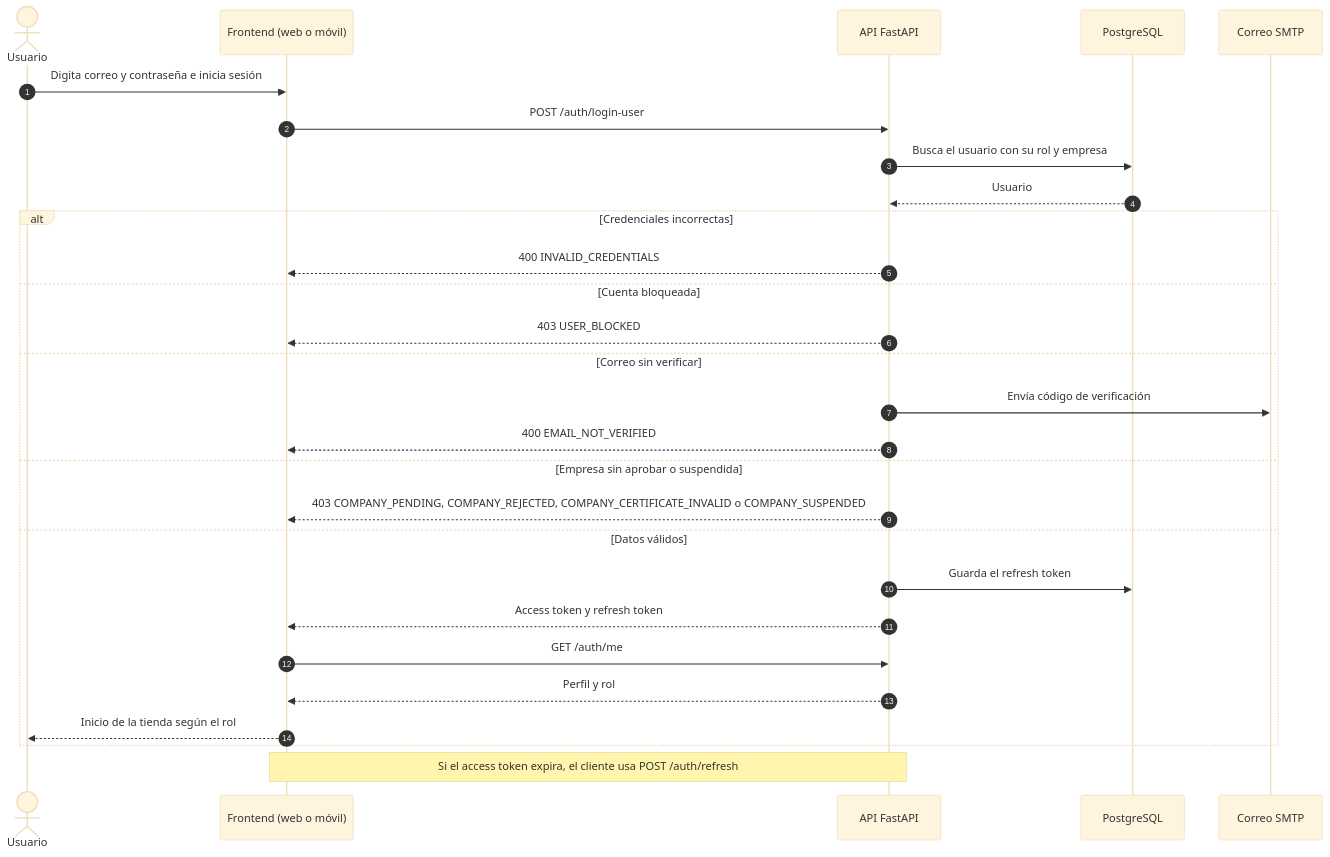
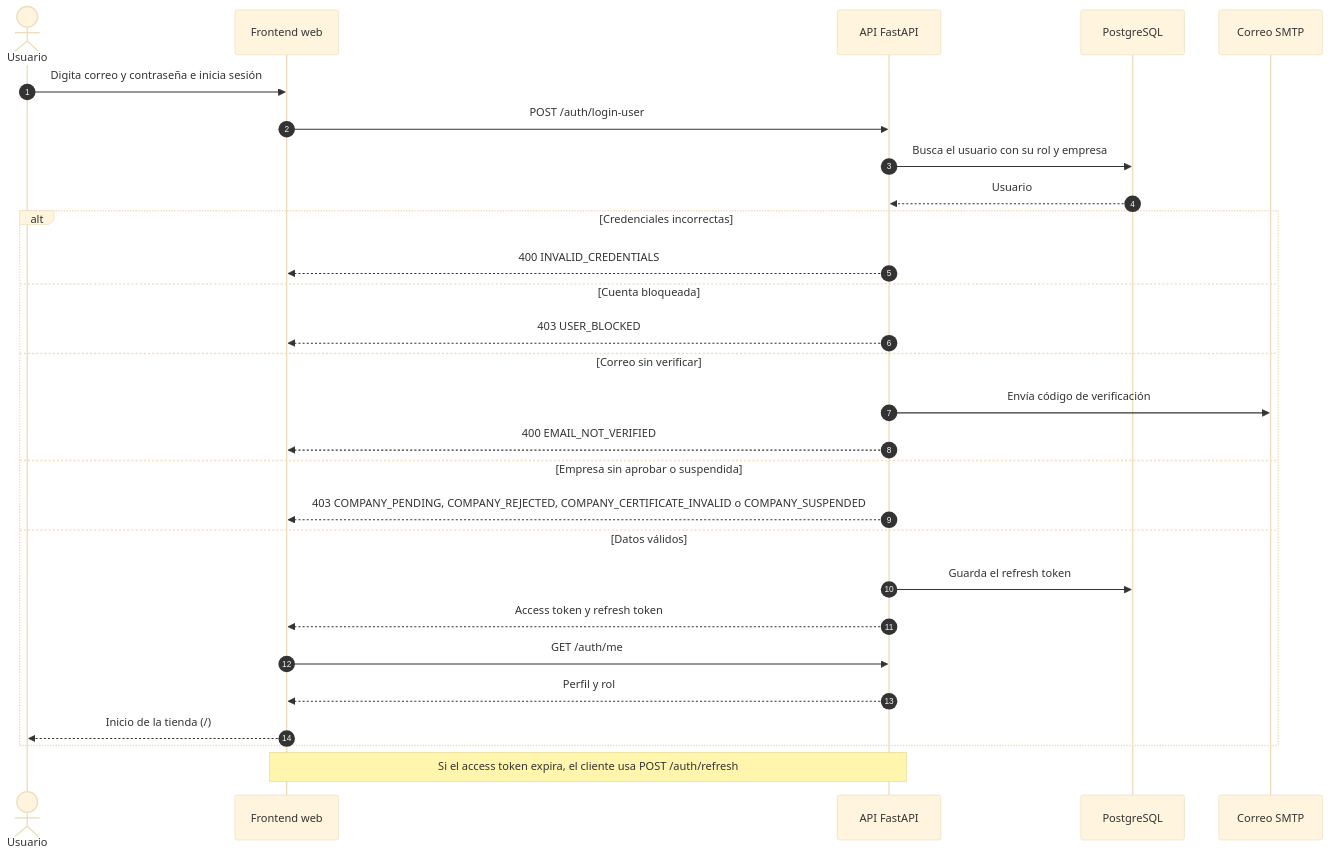
Before and after one commit to RehnieyAl/Rehni-Market: the diagram in docs/Manuales/diagramas/secuencia-login.mmd, drawn with Mermaid (base theme). The commit also changed 59 other files, not shown here.

First line of the commit message:
docs(manuales): diagramas sin la app móvil y modelo de datos por módulo

```diff
--- a/docs/Manuales/diagramas/secuencia-login.mmd
+++ b/docs/Manuales/diagramas/secuencia-login.mmd
@@ -1,28 +1,28 @@
 sequenceDiagram
   autonumber
   actor U as Usuario
-  participant F as Frontend (web o móvil)
+  participant F as Frontend web
   participant A as API FastAPI
   participant P as PostgreSQL
   participant S as Correo SMTP
   U->>F: Digita correo y contraseña e inicia sesión
   F->>A: POST /auth/login-user
   A->>P: Busca el usuario con su rol y empresa
   P-->>A: Usuario
   alt Credenciales incorrectas
     A-->>F: 400 INVALID_CREDENTIALS
   else Cuenta bloqueada
     A-->>F: 403 USER_BLOCKED
   else Correo sin verificar
     A->>S: Envía código de verificación
     A-->>F: 400 EMAIL_NOT_VERIFIED
   else Empresa sin aprobar o suspendida
     A-->>F: 403 COMPANY_PENDING, COMPANY_REJECTED, COMPANY_CERTIFICATE_INVALID o COMPANY_SUSPENDED
   else Datos válidos
     A->>P: Guarda el refresh token
     A-->>F: Access token y refresh token
     F->>A: GET /auth/me
     A-->>F: Perfil y rol
-    F-->>U: Inicio de la tienda según el rol
+    F-->>U: Inicio de la tienda (/)
   end
   Note over F,A: Si el access token expira, el cliente usa POST /auth/refresh
```
